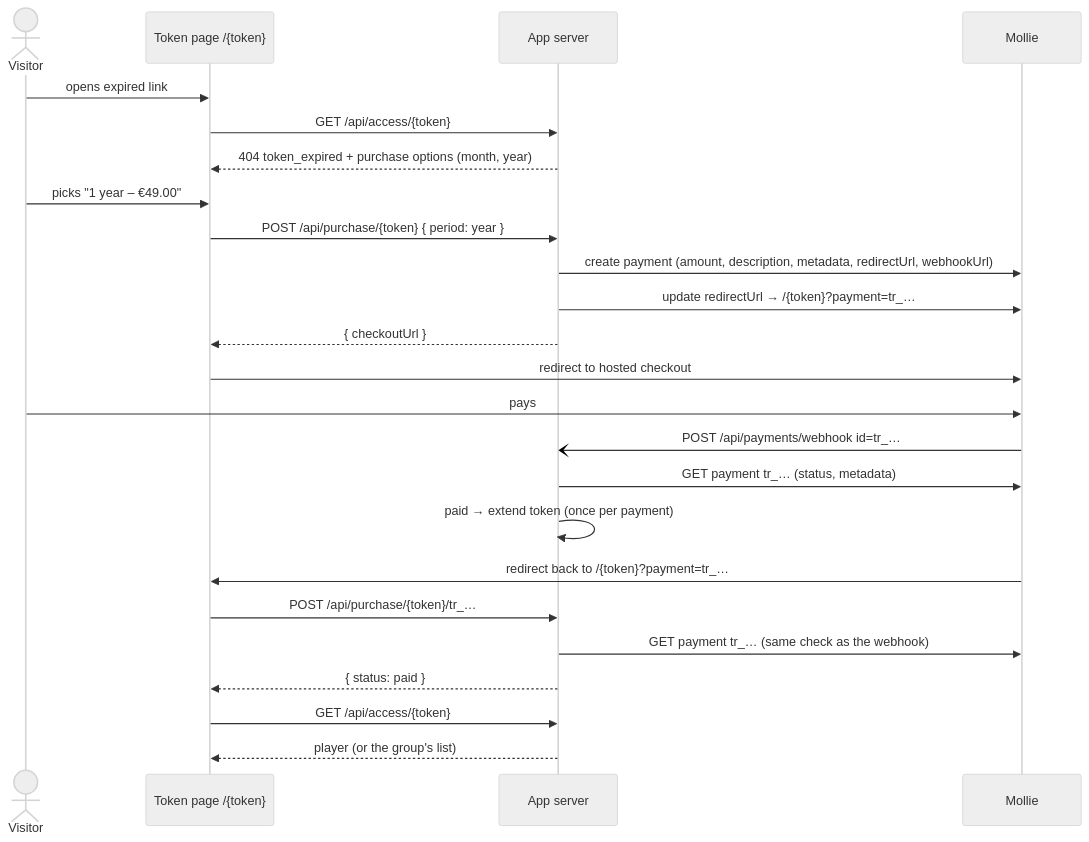
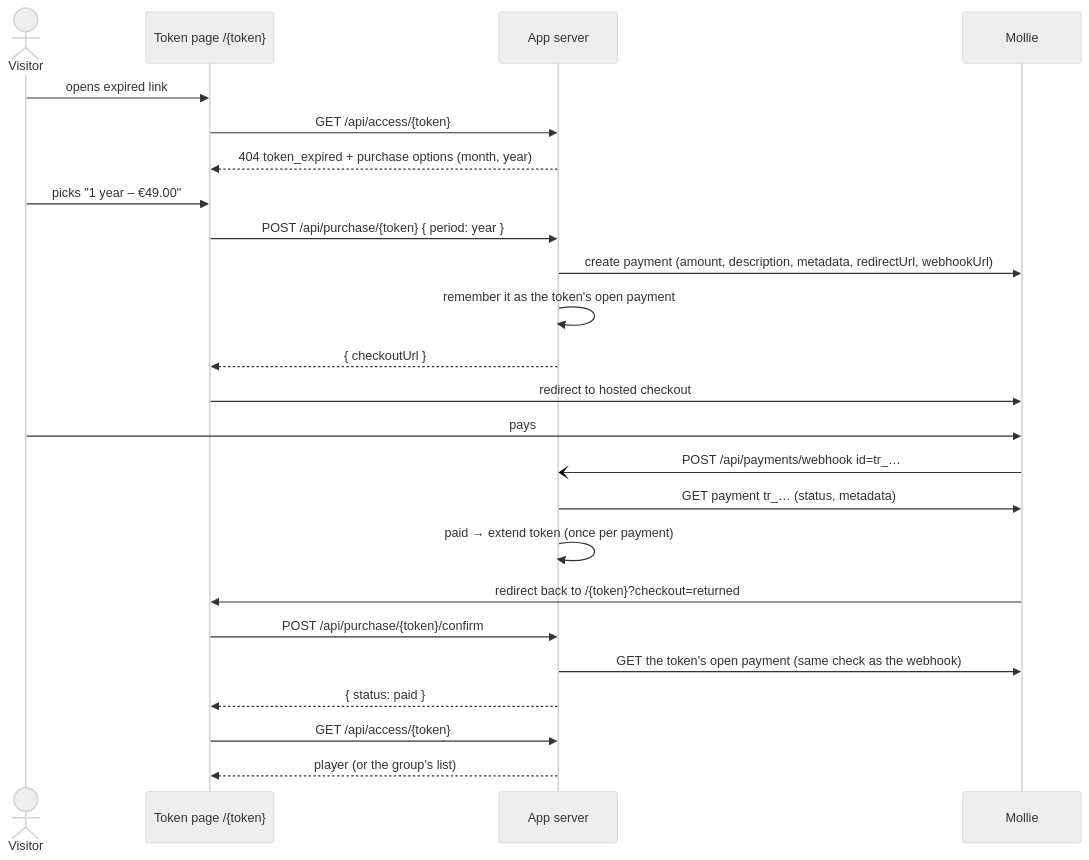
The diagram in docs/purchase.md (geprog/media-access-manager), drawn with Mermaid (neutral theme) before and after one commit. The commit also changed other lines of this file and 7 other files, not shown here.

First line of the commit message:
refactor: confirm the token's open payment on return instead of a payment id

````diff
--- a/docs/purchase.md
+++ b/docs/purchase.md
@@ -15,27 +15,27 @@
 ```mermaid
 sequenceDiagram
     actor V as Visitor
     participant P as Token page /{token}
     participant A as App server
     participant M as Mollie
 
     V->>P: opens expired link
     P->>A: GET /api/access/{token}
     A-->>P: 404 token_expired + purchase options (month, year)
     V->>P: picks "1 year – €49.00"
     P->>A: POST /api/purchase/{token} { period: year }
     A->>M: create payment (amount, description, metadata, redirectUrl, webhookUrl)
-    A->>M: update redirectUrl → /{token}?payment=tr_…
+    A->>A: remember it as the token's open payment
     A-->>P: { checkoutUrl }
     P->>M: redirect to hosted checkout
     V->>M: pays
     M-)A: POST /api/payments/webhook  id=tr_…
     A->>M: GET payment tr_… (status, metadata)
     A->>A: paid → extend token (once per payment)
-    M->>P: redirect back to /{token}?payment=tr_…
-    P->>A: POST /api/purchase/{token}/tr_…
-    A->>M: GET payment tr_… (same check as the webhook)
+    M->>P: redirect back to /{token}?checkout=returned
+    P->>A: POST /api/purchase/{token}/confirm
+    A->>M: GET the token's open payment (same check as the webhook)
     A-->>P: { status: paid }
     P->>A: GET /api/access/{token}
     A-->>P: player (or the group's list)
 ```
````
